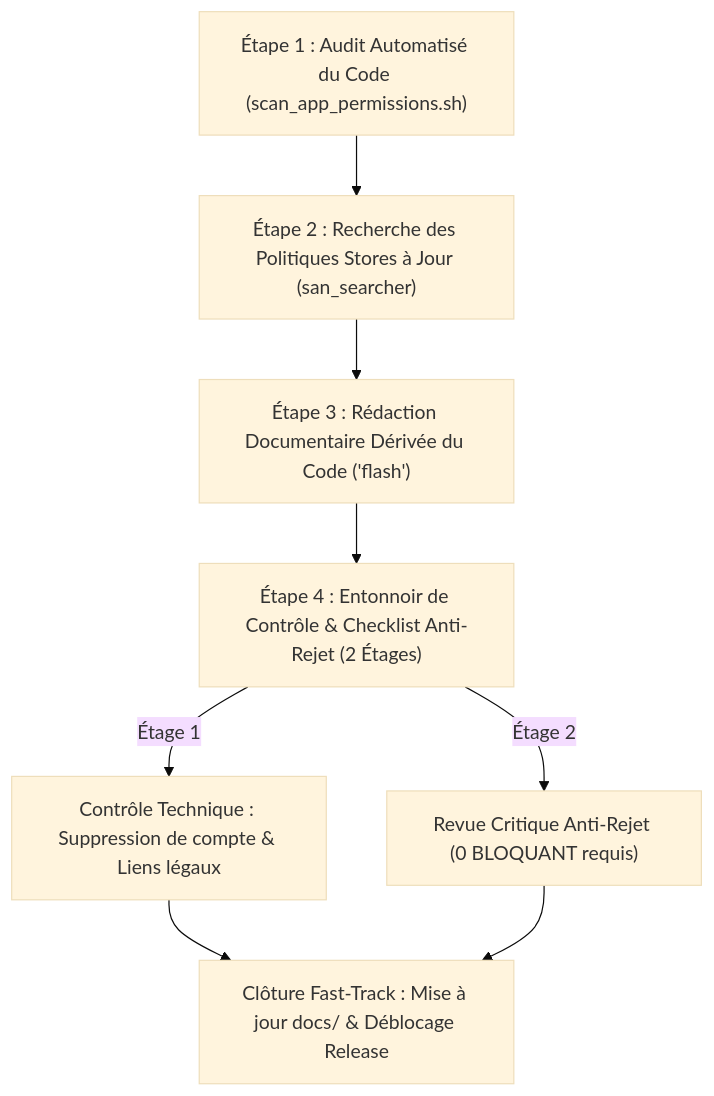
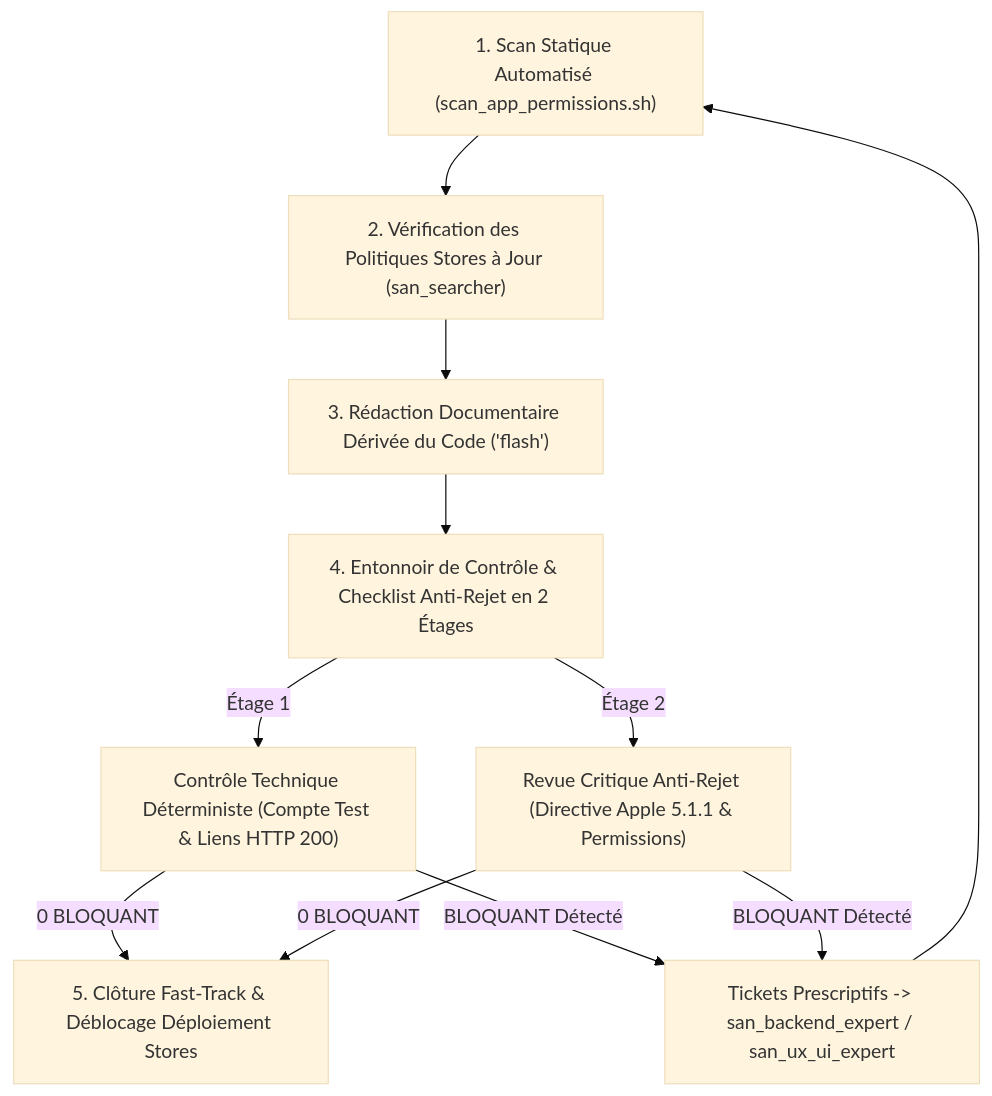
Before and after one commit to alexsan-dev/san_agy_framework: the first of 2 diagrams in skills/san_store_legal_expert.md, drawn with Mermaid (base theme). The commit also changed other lines of this file and 41 other files, not shown here.

````diff
--- a/skills/san_store_legal_expert.md
+++ b/skills/san_store_legal_expert.md
@@ -143,9 +117,11 @@
 ```mermaid
 flowchart TD
-    A["Étape 1 : Audit Automatisé du Code (scan_app_permissions.sh)"] --> B["Étape 2 : Recherche des Politiques Stores à Jour (san_searcher)"]
-    B --> C["Étape 3 : Rédaction Documentaire Dérivée du Code ('flash')"]
-    C --> D["Étape 4 : Entonnoir de Contrôle & Checklist Anti-Rejet (2 Étages)"]
-    D -->|Étage 1| E["Contrôle Technique : Suppression de compte & Liens légaux"]
-    D -->|Étage 2| F["Revue Critique Anti-Rejet (0 BLOQUANT requis)"]
-    E & F --> G["Clôture Fast-Track : Mise à jour docs/ & Déblocage Release"]
+    A["1. Scan Statique Automatisé (scan_app_permissions.sh)"] --> B["2. Vérification des Politiques Stores à Jour (san_searcher)"]
+    B --> C["3. Rédaction Documentaire Dérivée du Code ('flash')"]
+    C --> D["4. Entonnoir de Contrôle & Checklist Anti-Rejet en 2 Étages"]
+    D -->|Étage 1| E["Contrôle Technique Déterministe (Compte Test & Liens HTTP 200)"]
+    D -->|Étage 2| F["Revue Critique Anti-Rejet (Directive Apple 5.1.1 & Permissions)"]
+    E & F -->|0 BLOQUANT| G["5. Clôture Fast-Track & Déblocage Déploiement Stores"]
+    E & F -->|BLOQUANT Détecté| H["Tickets Prescriptifs -> san_backend_expert / san_ux_ui_expert"]
+    H --> A
 ```
````
